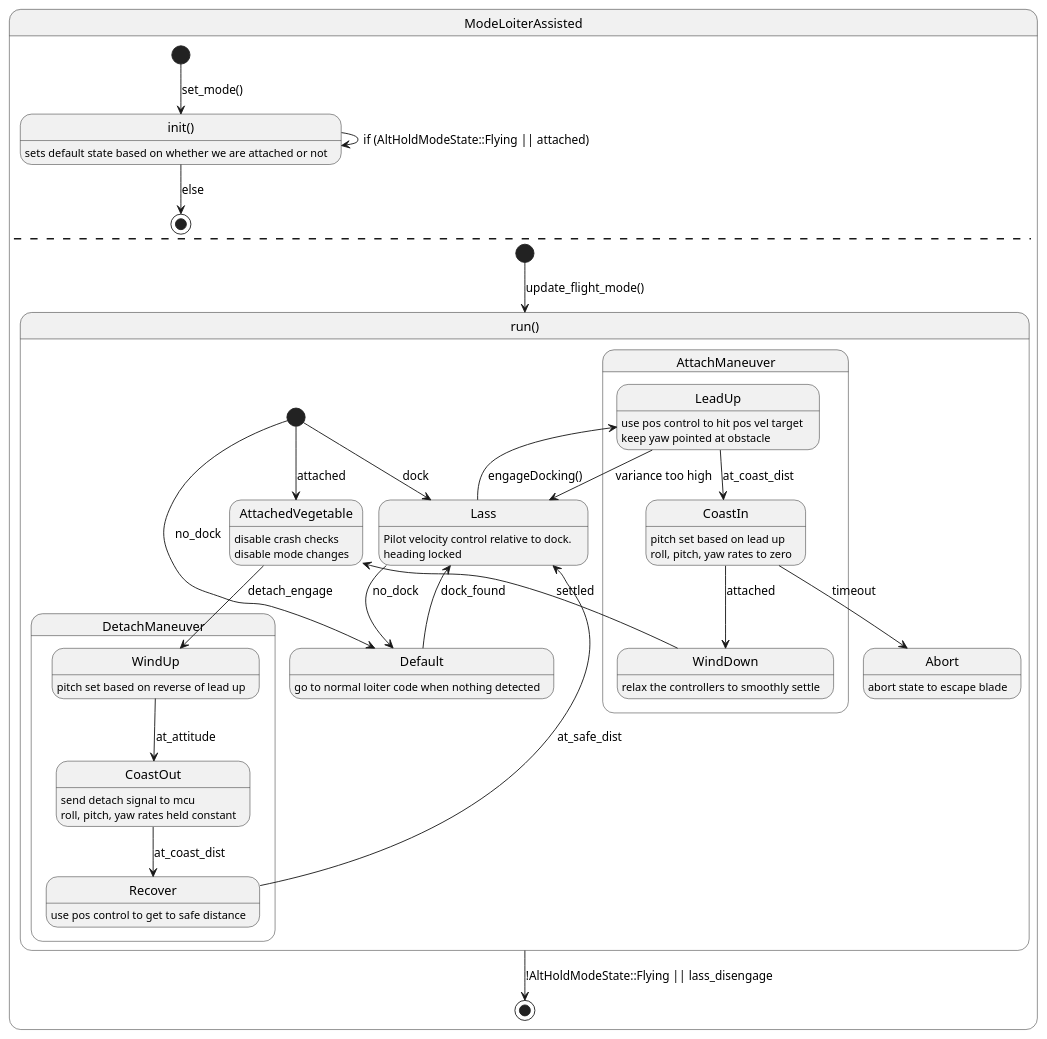
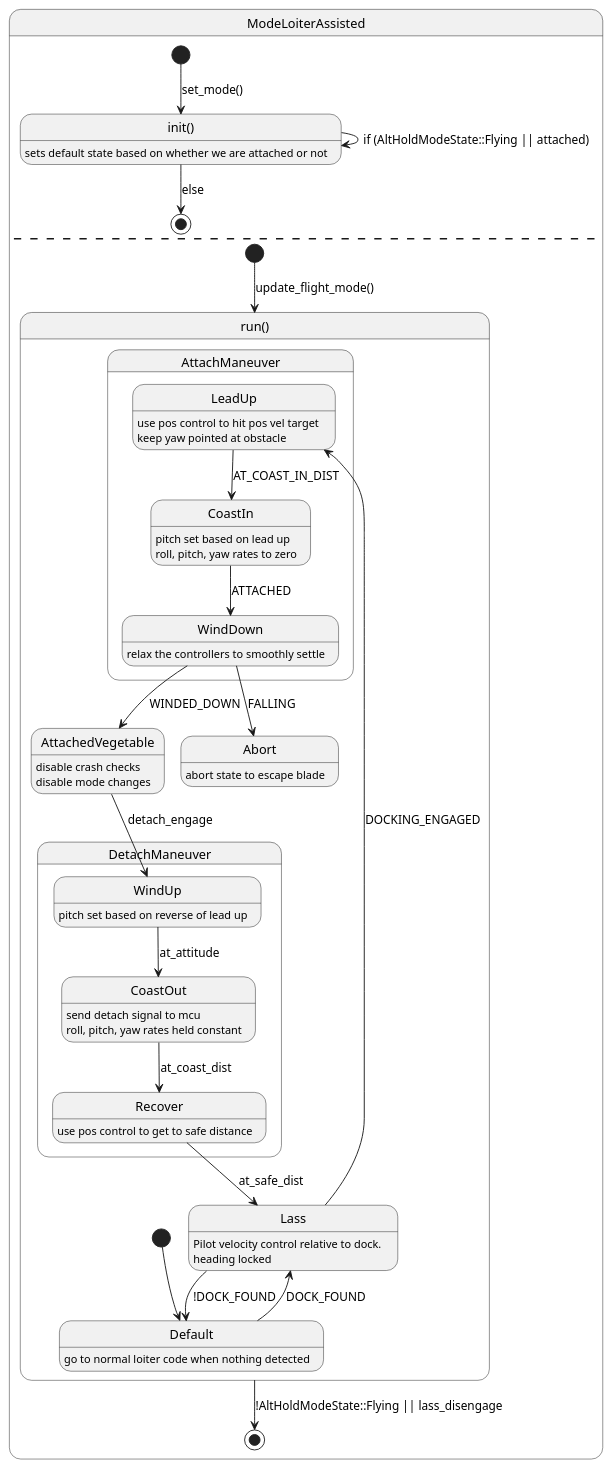
One commit to Persimia/ardupilot changed the diagram in notes/lass-state-machine.wsd. Above: the diagram before and after it, drawn with PlantUML. The commit also changed 5 other files, not shown here.

```diff
--- a/notes/lass-state-machine.wsd
+++ b/notes/lass-state-machine.wsd
@@ -1,88 +1,87 @@
 @startuml Lass State Machine
 
 
 state ModeLoiterAssisted {
 
 ' States
 state "init()" as init: \
 sets default state based on whether we are attached or not
 
 ' Transitions
 [*] --> init : set_mode()
 init --> [*] : else
 init --> init : if (AltHoldModeState::Flying || attached)
 
 ' ==========================
 --
 
 state "run()" as run{
 
 ' States
 state Lass: \
 Pilot velocity control relative to dock. \n\
 heading locked
 
 State AttachManeuver {
 State LeadUp: \
 use pos control to hit pos vel target \n\
 keep yaw pointed at obstacle
 
 State CoastIn: \
 pitch set based on lead up \n\
 roll, pitch, yaw rates to zero
 
 State WindDown: \
 relax the controllers to smoothly settle
 }
 
 
 state AttachedVegetable: \
 disable crash checks \n\
 disable mode changes 
 
 State DetachManeuver {
 State WindUp: \
 pitch set based on reverse of lead up
 
 State CoastOut: \
 send detach signal to mcu \n\
 roll, pitch, yaw rates held constant
 
 State Recover: \
 use pos control to get to safe distance
 }
 
 State Default: \
 go to normal loiter code when nothing detected
 
 State Abort: \
 abort state to escape blade
 
 
 ' Transitions
-[*] --> Lass : dock
-[*] --> Default : no_dock
-Lass --> Default : no_dock
-Default --> Lass : dock_found
-[*] --> AttachedVegetable : attached
-Lass --> LeadUp : engageDocking()
-LeadUp --> Lass : variance too high
-LeadUp --> CoastIn : at_coast_dist
-CoastIn --> Abort : timeout
-CoastIn --> WindDown : attached
-WindDown --> AttachedVegetable : settled
+[*] --> Default
+Lass --> Default : !DOCK_FOUND
+Default --> Lass : DOCK_FOUND
+' [*] --> AttachedVegetable : attached
+Lass --> LeadUp : DOCKING_ENGAGED
+LeadUp --> CoastIn : AT_COAST_IN_DIST
+' CoastIn --> Abort : timeout
+CoastIn --> WindDown : ATTACHED
+WindDown --> AttachedVegetable : WINDED_DOWN
+WindDown --> Abort : FALLING
 AttachedVegetable --> WindUp : detach_engage
 WindUp --> CoastOut : at_attitude
 CoastOut --> Recover : at_coast_dist
 Recover --> Lass : at_safe_dist
 
 
 }
 
 [*] --> run : update_flight_mode()
 run --> [*] : !AltHoldModeState::Flying || lass_disengage
 }
 
 
 
 @enduml
```
